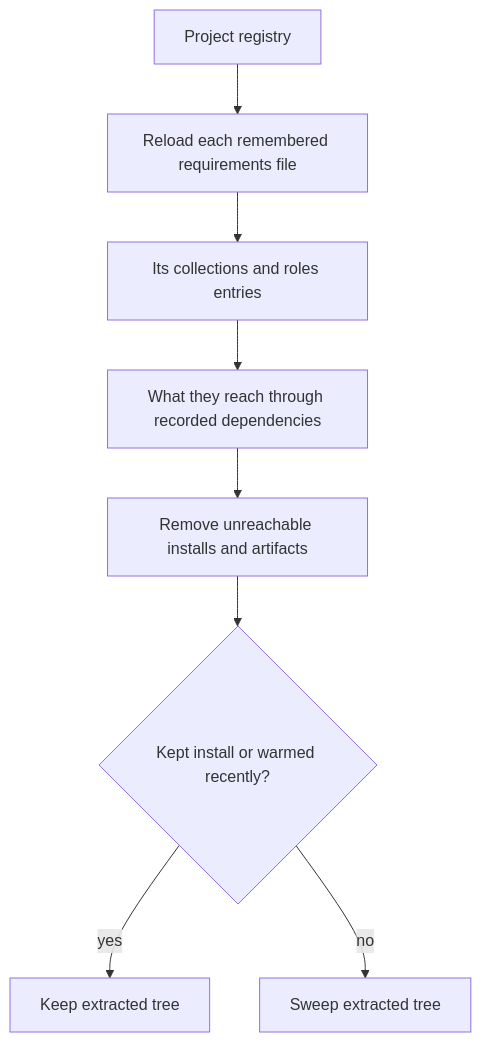
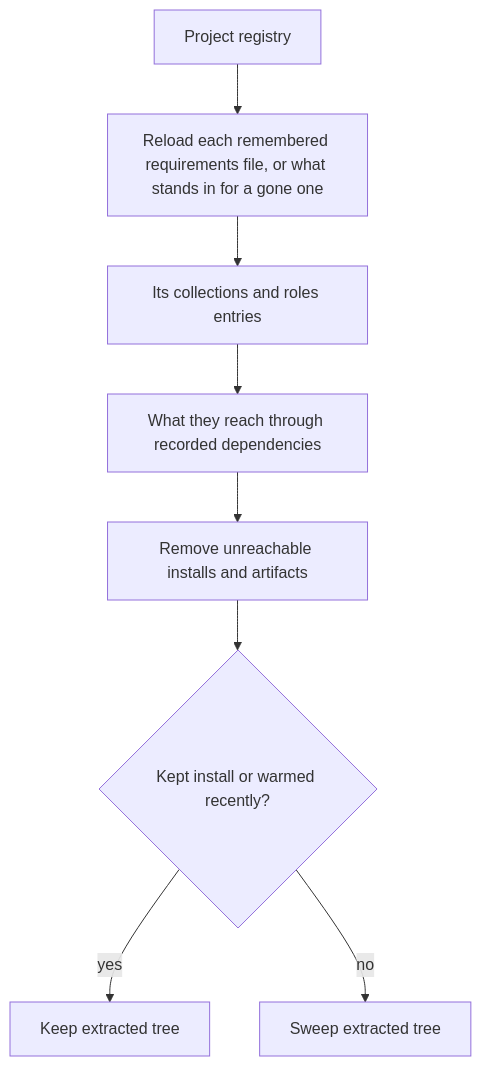
The second of 3 diagrams in docs/guides/caching.md (greeddj/go-galaxy), drawn with Mermaid before and after one commit. The commit also changed other lines of this file and 15 other files, not shown here.

````diff
--- a/docs/guides/caching.md
+++ b/docs/guides/caching.md
@@ -171,10 +181,10 @@
 ```mermaid
 flowchart TD
-  R[Project registry] --> L[Reload each remembered requirements file]
+  R[Project registry] --> L[Reload each remembered requirements file, or what stands in for a gone one]
   L --> T[Its collections and roles entries]
   T --> S[What they reach through recorded dependencies]
   S --> U[Remove unreachable installs and artifacts]
   U --> X{Kept install or warmed recently?}
   X -- yes --> K[Keep extracted tree]
   X -- no --> D[Sweep extracted tree]
 ```
````
